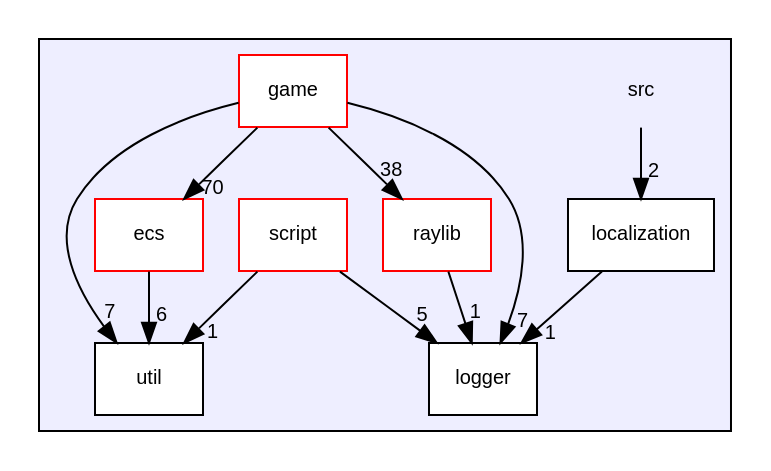
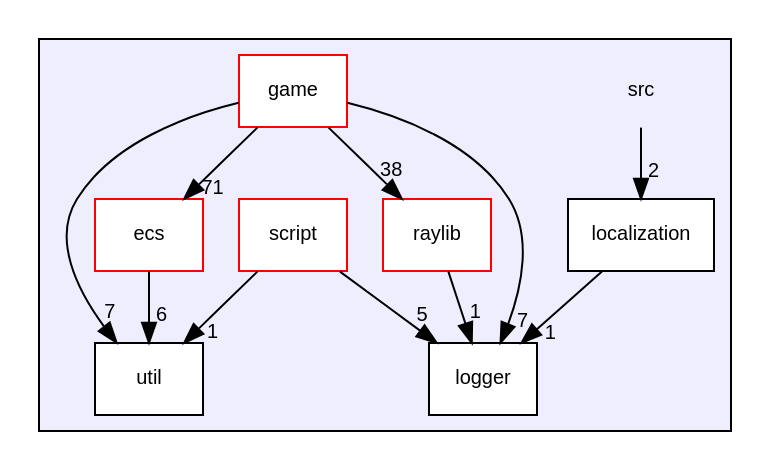
Before and after one commit to MisterPeModder/Bomberman-Global-Offensive: the diagram in dir_68267d1309a1af8e8297ef4c3efbcdba_dep.dot, drawn with Graphviz. The commit also changed 263 other files, not shown here.

```diff
--- a/dir_68267d1309a1af8e8297ef4c3efbcdba_dep.dot
+++ b/dir_68267d1309a1af8e8297ef4c3efbcdba_dep.dot
@@ -1,26 +1,26 @@
 digraph "src" {
   compound=true
   node [ fontsize="10", fontname="Helvetica"];
   edge [ labelfontsize="10", labelfontname="Helvetica"];
   subgraph clusterdir_68267d1309a1af8e8297ef4c3efbcdba {
     graph [ bgcolor="#eeeeff", pencolor="black", label="" URL="dir_68267d1309a1af8e8297ef4c3efbcdba.html"];
     dir_68267d1309a1af8e8297ef4c3efbcdba [shape=plaintext label="src"];
     dir_ddca5f149c4ce13074f28b270e950ba9 [shape=box label="ecs" color="red" fillcolor="white" style="filled" URL="dir_ddca5f149c4ce13074f28b270e950ba9.html"];
     dir_1699be727a800b1d059c6f7f2b91d2ee [shape=box label="game" color="red" fillcolor="white" style="filled" URL="dir_1699be727a800b1d059c6f7f2b91d2ee.html"];
     dir_502e2e551a70cf7978464aef90fcfcf1 [shape=box label="localization" color="black" fillcolor="white" style="filled" URL="dir_502e2e551a70cf7978464aef90fcfcf1.html"];
     dir_ffde1fbcaa8d6b0d34e29c3bddf7a801 [shape=box label="logger" color="black" fillcolor="white" style="filled" URL="dir_ffde1fbcaa8d6b0d34e29c3bddf7a801.html"];
     dir_d4cc5f0b3cfddd1b0952a9e00053f649 [shape=box label="raylib" color="red" fillcolor="white" style="filled" URL="dir_d4cc5f0b3cfddd1b0952a9e00053f649.html"];
     dir_fe414d616bd0c4668e6515f48824338f [shape=box label="script" color="red" fillcolor="white" style="filled" URL="dir_fe414d616bd0c4668e6515f48824338f.html"];
     dir_b7878ad5ecbf2506f4125b9d34c97e45 [shape=box label="util" color="black" fillcolor="white" style="filled" URL="dir_b7878ad5ecbf2506f4125b9d34c97e45.html"];
   }
   dir_68267d1309a1af8e8297ef4c3efbcdba->dir_502e2e551a70cf7978464aef90fcfcf1 [headlabel="2", labeldistance=1.5 headhref="dir_000000_000022.html"];
   dir_fe414d616bd0c4668e6515f48824338f->dir_b7878ad5ecbf2506f4125b9d34c97e45 [headlabel="1", labeldistance=1.5 headhref="dir_000024_000026.html"];
   dir_fe414d616bd0c4668e6515f48824338f->dir_ffde1fbcaa8d6b0d34e29c3bddf7a801 [headlabel="5", labeldistance=1.5 headhref="dir_000024_000023.html"];
   dir_ddca5f149c4ce13074f28b270e950ba9->dir_b7878ad5ecbf2506f4125b9d34c97e45 [headlabel="6", labeldistance=1.5 headhref="dir_000001_000026.html"];
   dir_d4cc5f0b3cfddd1b0952a9e00053f649->dir_ffde1fbcaa8d6b0d34e29c3bddf7a801 [headlabel="1", labeldistance=1.5 headhref="dir_000010_000023.html"];
   dir_502e2e551a70cf7978464aef90fcfcf1->dir_ffde1fbcaa8d6b0d34e29c3bddf7a801 [headlabel="1", labeldistance=1.5 headhref="dir_000022_000023.html"];
   dir_1699be727a800b1d059c6f7f2b91d2ee->dir_b7878ad5ecbf2506f4125b9d34c97e45 [headlabel="7", labeldistance=1.5 headhref="dir_000007_000026.html"];
   dir_1699be727a800b1d059c6f7f2b91d2ee->dir_ffde1fbcaa8d6b0d34e29c3bddf7a801 [headlabel="7", labeldistance=1.5 headhref="dir_000007_000023.html"];
-  dir_1699be727a800b1d059c6f7f2b91d2ee->dir_ddca5f149c4ce13074f28b270e950ba9 [headlabel="70", labeldistance=1.5 headhref="dir_000007_000001.html"];
+  dir_1699be727a800b1d059c6f7f2b91d2ee->dir_ddca5f149c4ce13074f28b270e950ba9 [headlabel="71", labeldistance=1.5 headhref="dir_000007_000001.html"];
   dir_1699be727a800b1d059c6f7f2b91d2ee->dir_d4cc5f0b3cfddd1b0952a9e00053f649 [headlabel="38", labeldistance=1.5 headhref="dir_000007_000010.html"];
 }
```
